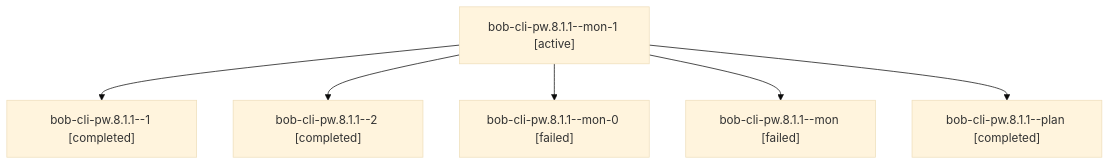
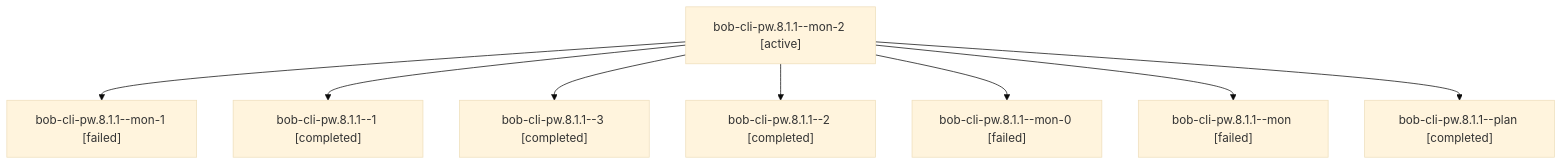
Before and after one commit to bobs-org/bob-cli--agents: the diagram in sessions/bbugyi200.apollo.bob-cli-pw.8.1.1.md, drawn with Mermaid (base theme). The commit also changed other lines of this file and 73 other files, not shown here.

````diff
--- a/sessions/bbugyi200.apollo.bob-cli-pw.8.1.1.md
+++ b/sessions/bbugyi200.apollo.bob-cli-pw.8.1.1.md
@@ -9,14 +9,18 @@
 ```mermaid
 flowchart TD
-  n0["bob-cli-pw.8.1.1--mon-1 [active]"]
-  n1["bob-cli-pw.8.1.1--1 [completed]"]
+  n0["bob-cli-pw.8.1.1--mon-2 [active]"]
+  n1["bob-cli-pw.8.1.1--mon-1 [failed]"]
   n0 --> n1
-  n2["bob-cli-pw.8.1.1--2 [completed]"]
+  n2["bob-cli-pw.8.1.1--1 [completed]"]
   n0 --> n2
-  n3["bob-cli-pw.8.1.1--mon-0 [failed]"]
+  n3["bob-cli-pw.8.1.1--3 [completed]"]
   n0 --> n3
-  n4["bob-cli-pw.8.1.1--mon [failed]"]
+  n4["bob-cli-pw.8.1.1--2 [completed]"]
   n0 --> n4
-  n5["bob-cli-pw.8.1.1--plan [completed]"]
+  n5["bob-cli-pw.8.1.1--mon-0 [failed]"]
   n0 --> n5
+  n6["bob-cli-pw.8.1.1--mon [failed]"]
+  n0 --> n6
+  n7["bob-cli-pw.8.1.1--plan [completed]"]
+  n0 --> n7
 ```
````
